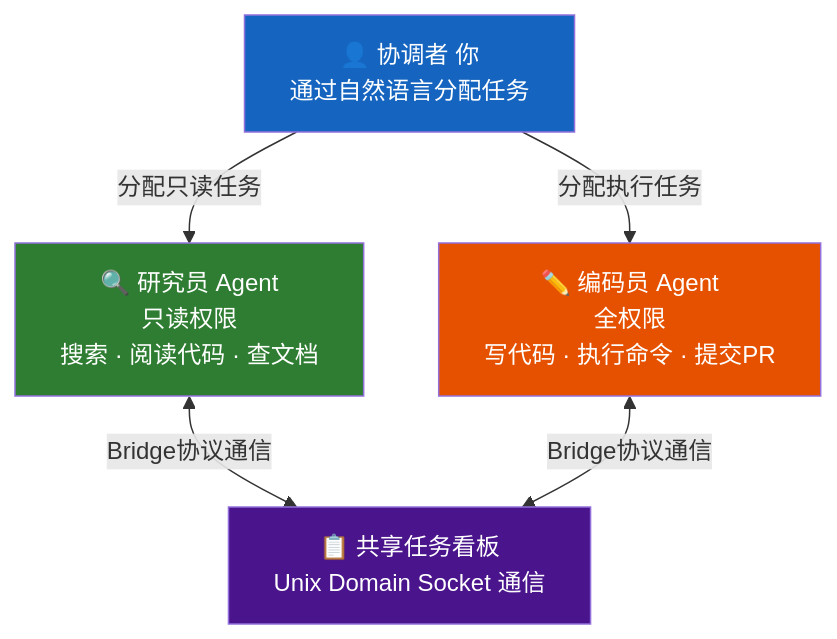
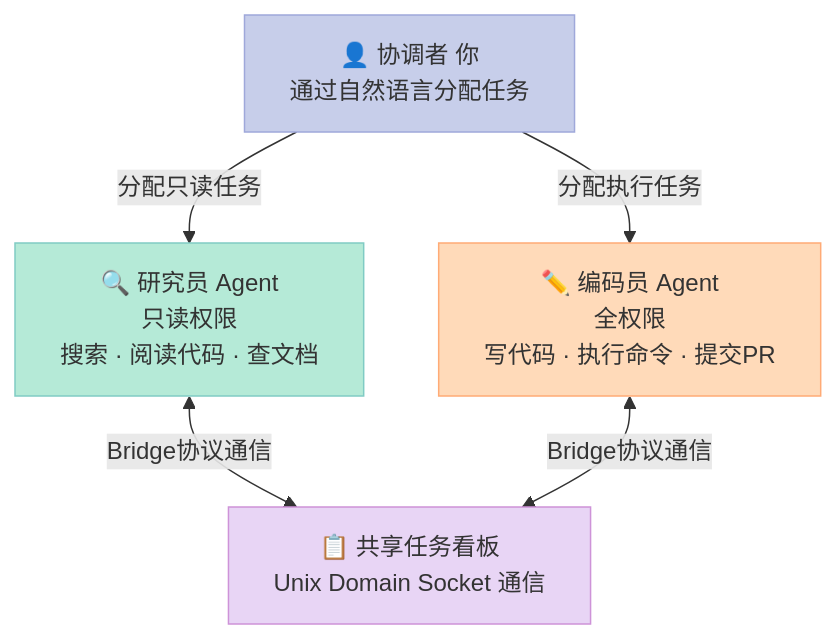
Before and after one commit to xuqi2024/xuqi2024.github.io: the second of 3 diagrams in _posts/2026-04-15-claude-code-source-analysis.md, drawn with Mermaid. The commit also changed other lines of this file and 2 other files, not shown here.

````diff
--- a/_posts/2026-04-15-claude-code-source-analysis.md
+++ b/_posts/2026-04-15-claude-code-source-analysis.md
@@ -182,17 +182,17 @@
 ```mermaid
 graph TD
     C["👤 协调者 你\n通过自然语言分配任务"]
     R["🔍 研究员 Agent\n只读权限\n搜索 · 阅读代码 · 查文档"]
     W["✏️ 编码员 Agent\n全权限\n写代码 · 执行命令 · 提交PR"]
     TL["📋 共享任务看板\nUnix Domain Socket 通信"]
 
     C -->|"分配只读任务"| R
     C -->|"分配执行任务"| W
     R <-->|"Bridge协议通信"| TL
     W <-->|"Bridge协议通信"| TL
 
-    style C fill:#1565C0,color:#fff
-    style R fill:#2E7D32,color:#fff
-    style W fill:#E65100,color:#fff
-    style TL fill:#4A148C,color:#fff
+    style C fill:#C7CEEA,stroke:#9FA8DA,color:#333
+    style R fill:#B5EAD7,stroke:#80CBC4,color:#333
+    style W fill:#FFDAB9,stroke:#FFAB76,color:#333
+    style TL fill:#E8D5F5,stroke:#CE93D8,color:#333
 ```
````
